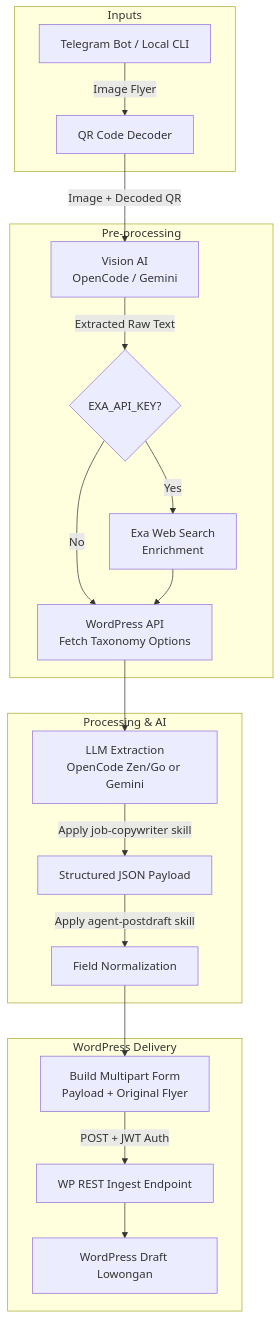
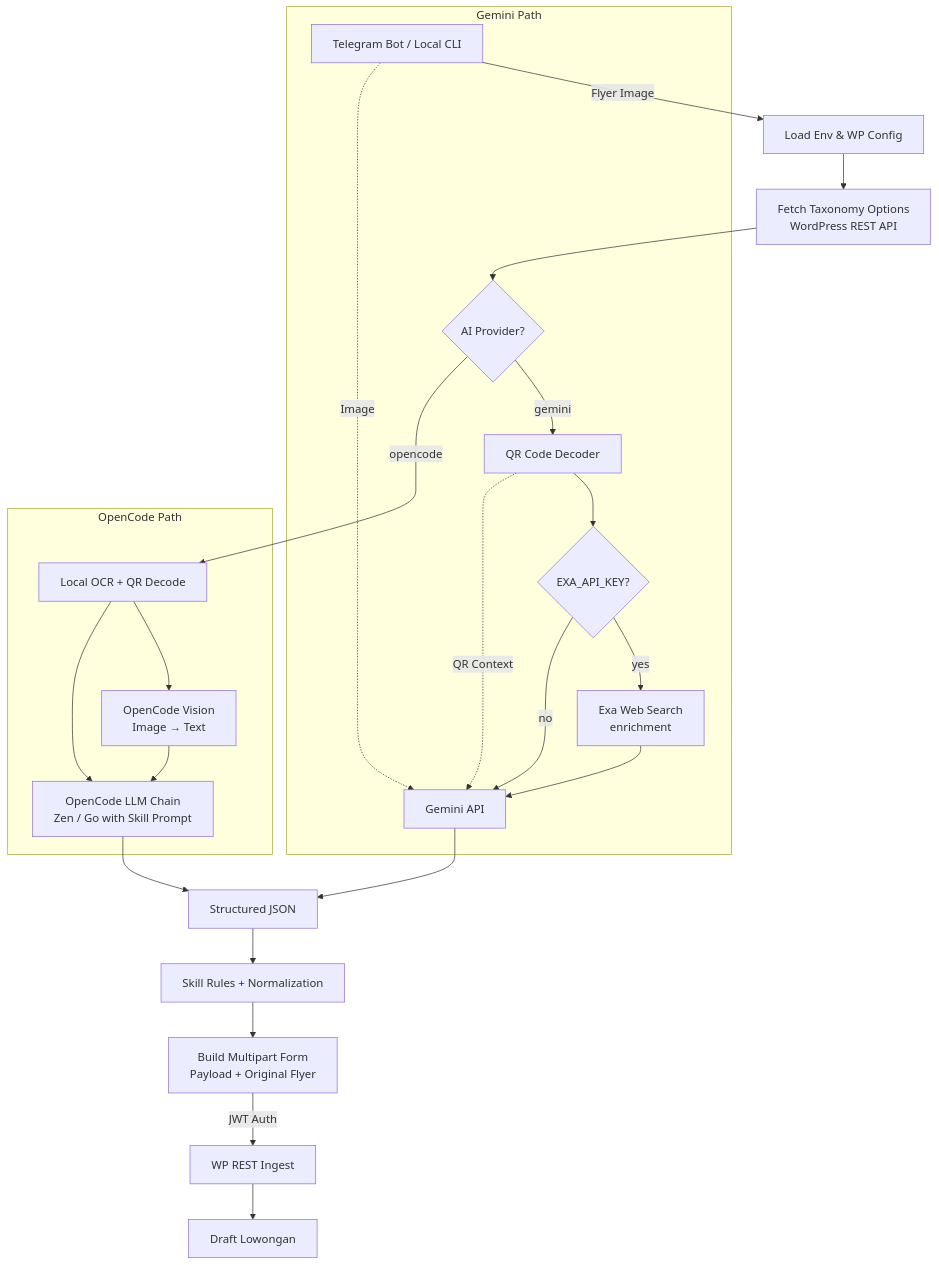
The diagram in README.md (LNSR/wplokerbjm-post-automation), drawn with Mermaid before and after one commit. The commit also changed other lines of this file and 40 other files, not shown here.

````diff
--- a/README.md
+++ b/README.md
@@ -21,26 +21,32 @@
 ```mermaid
 flowchart TD
-    subgraph Inputs
-        A[Telegram Bot / Local CLI] -->|Image Flyer| B[QR Code Decoder]
+    A[Telegram Bot / Local CLI] -->|Flyer Image| B[Load Env & WP Config]
+    B --> C[Fetch Taxonomy Options<br/>WordPress REST API]
+
+    C --> D{AI Provider?}
+
+    subgraph gemini [Gemini Path]
+        D -- gemini --> E[QR Code Decoder]
+        E --> F{EXA_API_KEY?}
+        F -- yes --> G[Exa Web Search<br/>enrichment]
+        F -- no --> H[Gemini API]
+        G --> H
+        A -.->|Image| H
+        E -.->|QR Context| H
     end
 
-    subgraph Pre-processing
-        B -->|Image + Decoded QR| C[Vision AI<br/>OpenCode / Gemini]
-        C -->|Extracted Raw Text| D{EXA_API_KEY?}
-        D -- Yes --> E[Exa Web Search<br/>Enrichment]
-        D -- No --> F
-        E --> F[WordPress API<br/>Fetch Taxonomy Options]
+    subgraph opencode [OpenCode Path]
+        D -- opencode --> I[Local OCR + QR Decode]
+        I --> J[OpenCode Vision<br/>Image → Text]
+        J --> K[OpenCode LLM Chain<br/>Zen / Go with Skill Prompt]
+        I --> K
     end
 
-    subgraph Processing & AI
-        F --> G[LLM Extraction<br/>OpenCode Zen/Go or Gemini]
-        G -->|Apply job-copywriter skill| H[Structured JSON Payload]
-        H -->|Apply agent-postdraft skill| I[Field Normalization]
-    end
+    H --> L[Structured JSON]
+    K --> L
 
-    subgraph WordPress Delivery
-        I --> J[Build Multipart Form<br/>Payload + Original Flyer]
-        J -->|POST + JWT Auth| K[WP REST Ingest Endpoint]
-        K --> L[WordPress Draft Lowongan]
-    end
+    L --> M[Skill Rules + Normalization]
+    M --> N[Build Multipart Form<br/>Payload + Original Flyer]
+    N -->|JWT Auth| O[WP REST Ingest]
+    O --> P[Draft Lowongan]
 ```
````
